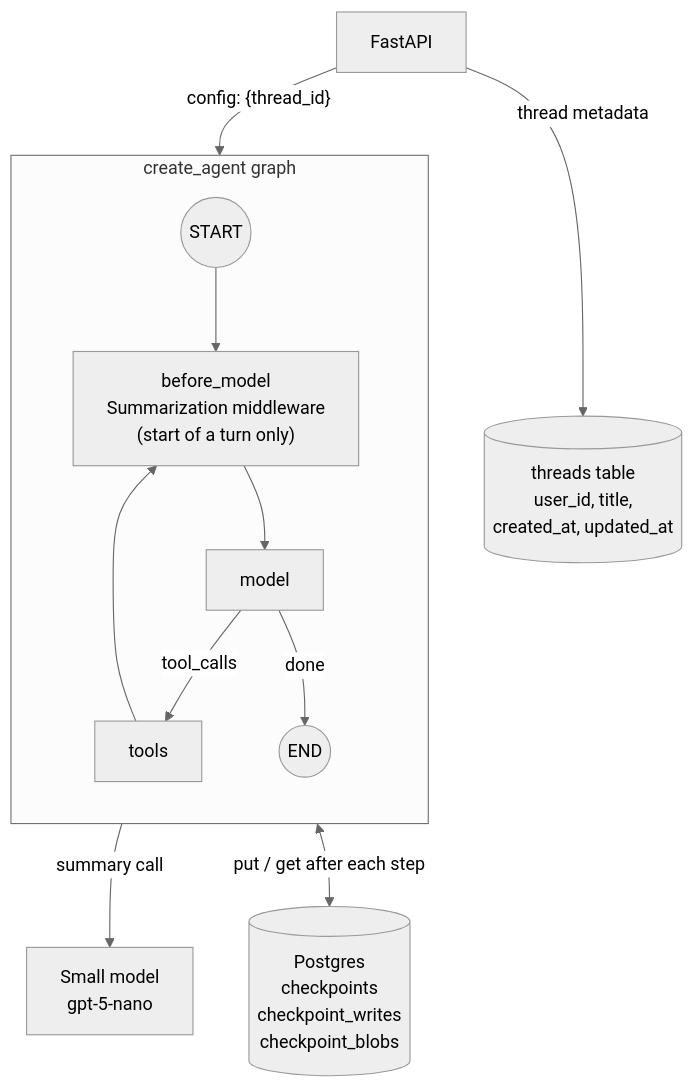
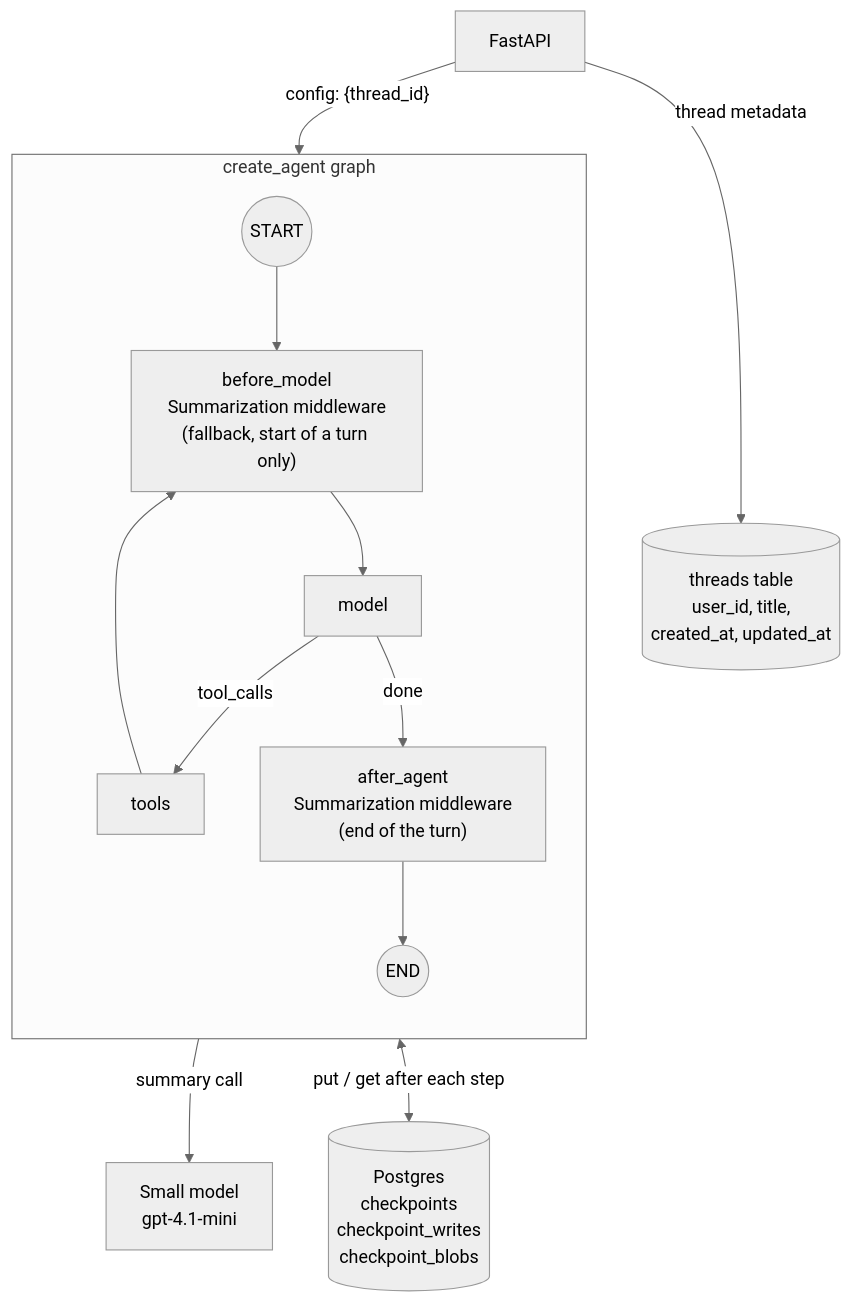
Before and after one commit to Anirudh1905/agentic-ai-chatbot: the first of 3 diagrams in docs/phase-3-short-term-memory-checkpointing.md, drawn with Mermaid (neutral theme). The commit also changed other lines of this file and 16 other files, not shown here.

First line of the commit message:
Cut latency: summarize after the reply, recall only on change, faster summary model

````diff
--- a/docs/phase-3-short-term-memory-checkpointing.md
+++ b/docs/phase-3-short-term-memory-checkpointing.md
@@ -29,17 +29,18 @@
 ```mermaid
 flowchart TB
     API[FastAPI] -->|"config: {thread_id}"| Agent
 
     subgraph Agent["create_agent graph"]
         direction TB
-        START((START)) --> Sum["before_model<br/>Summarization middleware<br/>(start of a turn only)"]
-        Sum --> Model[model]
+        START((START)) --> Check["before_model<br/>Summarization middleware<br/>(fallback, start of a turn only)"]
+        Check --> Model[model]
         Model -->|tool_calls| Tools[tools]
-        Tools --> Sum
-        Model -->|done| END((END))
+        Tools --> Check
+        Model -->|done| Sum["after_agent<br/>Summarization middleware<br/>(end of the turn)"]
+        Sum --> END((END))
     end
 
     Agent <-->|"put / get after each step"| CP[(Postgres<br/>checkpoints<br/>checkpoint_writes<br/>checkpoint_blobs)]
-    Sum -->|summary call| Small[Small model<br/>gpt-5-nano]
+    Sum -->|summary call| Small[Small model<br/>gpt-4.1-mini]
     API -->|thread metadata| Threads[(threads table<br/>user_id, title,<br/>created_at, updated_at)]
 ```
````
